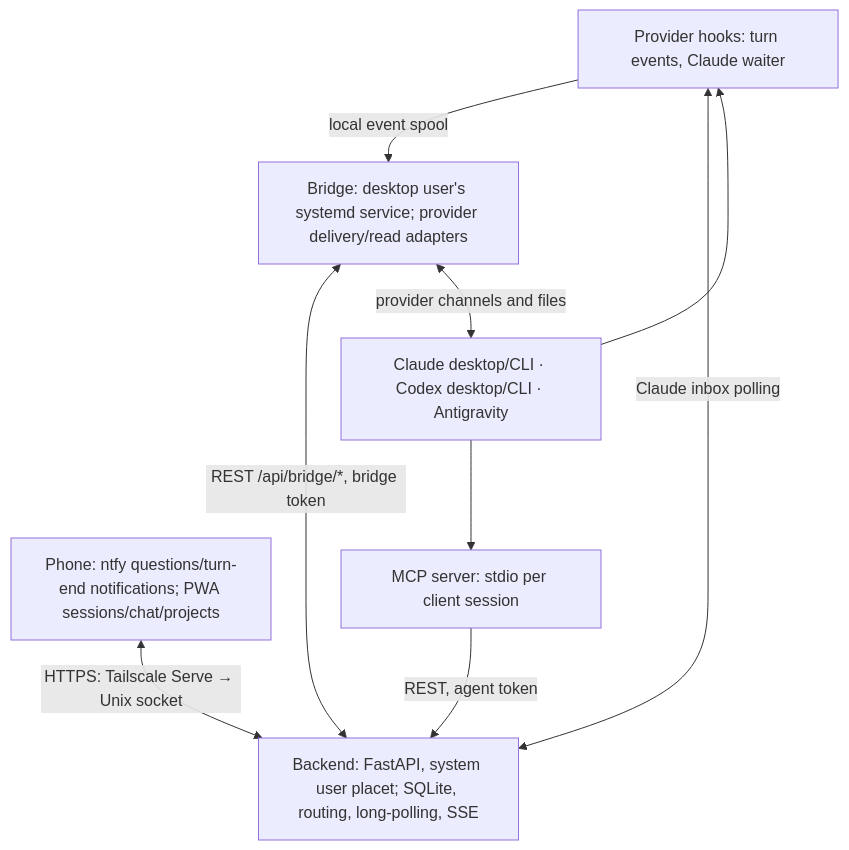
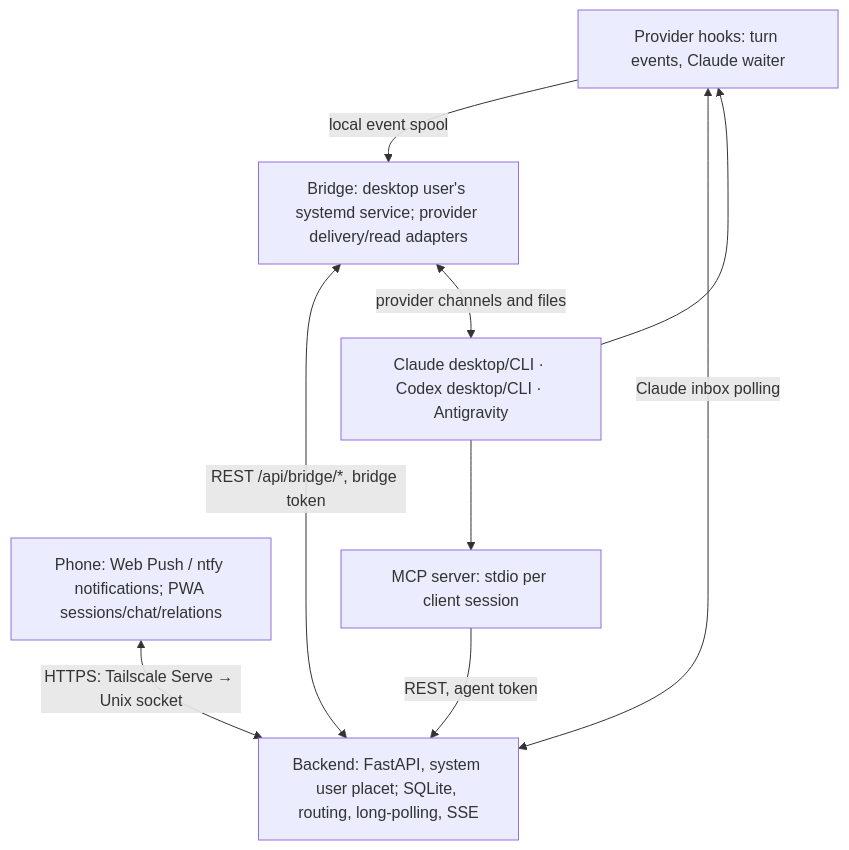
Before and after one commit to Pablo-gitub/Placet: the first of 2 diagrams in docs/architecture.md, drawn with Mermaid. The commit also changed other lines of this file and 2 other files, not shown here.

Commit message:
docs: phase 3, Web Push and current status in README, requirements and architecture

````diff
--- a/docs/architecture.md
+++ b/docs/architecture.md
@@ -11,15 +11,15 @@
 ```mermaid
 flowchart TB
-    phone["Phone: ntfy questions/turn-end notifications; PWA sessions/chat/projects"]
+    phone["Phone: Web Push / ntfy notifications; PWA sessions/chat/relations"]
     backend["Backend: FastAPI, system user placet; SQLite, routing, long-polling, SSE"]
     mcp["MCP server: stdio per client session"]
     hooks["Provider hooks: turn events, Claude waiter"]
     bridge["Bridge: desktop user's systemd service; provider delivery/read adapters"]
     sessions["Claude desktop/CLI · Codex desktop/CLI · Antigravity"]
     phone <-- "HTTPS: Tailscale Serve → Unix socket" --> backend
     sessions --> mcp -->|REST, agent token| backend
     sessions --> hooks -->|local event spool| bridge
     hooks <-- "Claude inbox polling" --> backend
     bridge <-- "REST /api/bridge/*, bridge token" --> backend
     bridge <-- "provider channels and files" --> sessions
 ```
````
